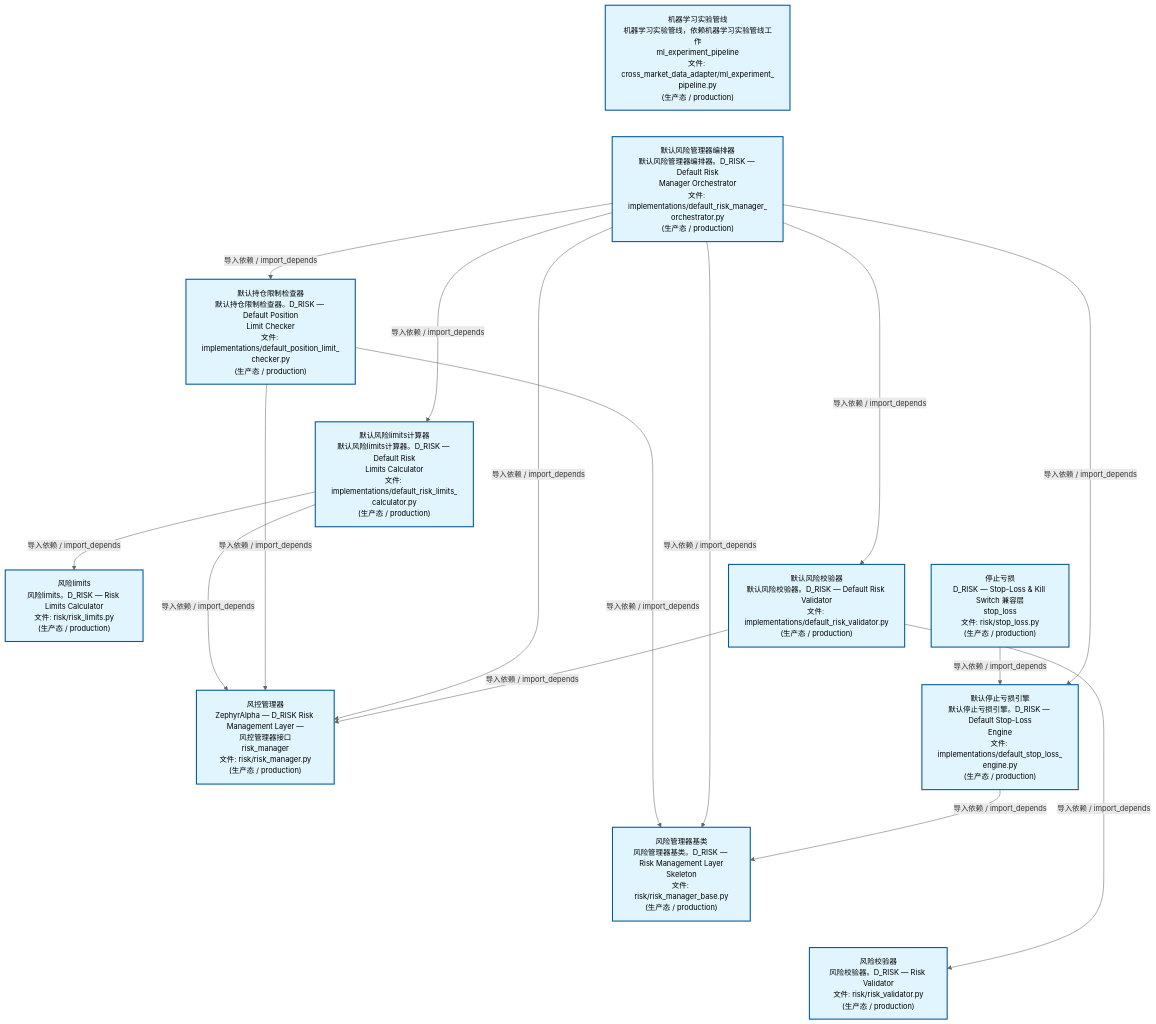
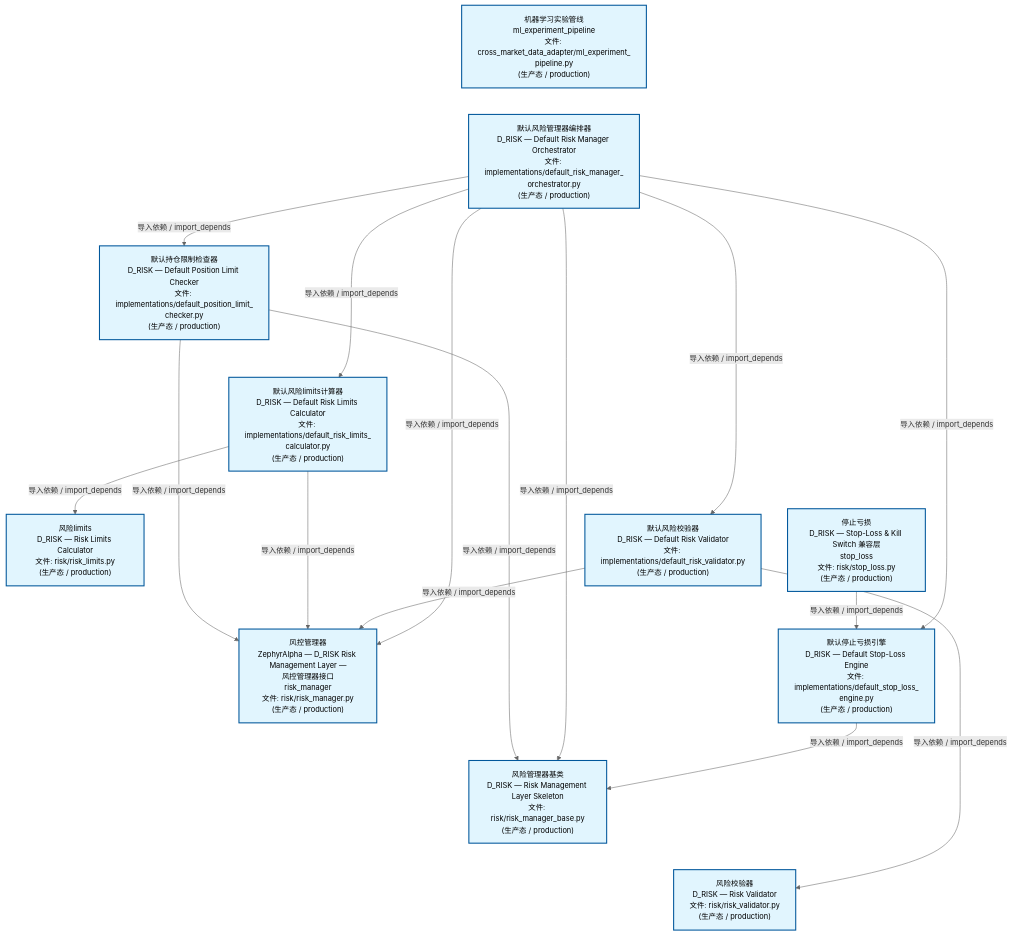
Before and after one commit to xuanFelixVan/ZephyrAlpha: the second of 4 diagrams in docs/02_enterprise_architecture/02_domain_architecture_docs/65_d_risk.md, drawn with Mermaid. The commit also changed other lines of this file and 60 other files, not shown here.

````diff
--- a/docs/02_enterprise_architecture/02_domain_architecture_docs/65_d_risk.md
+++ b/docs/02_enterprise_architecture/02_domain_architecture_docs/65_d_risk.md
@@ -136,42 +136,42 @@
 ```mermaid
 %%{init: {'theme': 'base', 'themeVariables': {'primaryColor': '#eaeaea', 'primaryTextColor': '#333333', 'primaryBorderColor': '#666666', 'lineColor': '#666666', 'secondaryColor': '#eaeaea', 'tertiaryColor': '#eaeaea', 'fontSize': '14px'}}}%%
 flowchart TD
-    src_zephyr_risk_cross_asset_cross_market_data_adapter_ml_experiment_pipeline_py["机器学习实验管线<br/>机器学习实验管线，依赖机器学习实验管线工作<br/>ml_experiment_pipeline<br/>文件: cross_market_data_adapter/ml_experiment_<br/>pipeline.py<br/>(生产态 / production)"]
-    src_zephyr_risk_implementations_default_risk_manager_orchestrator_py["默认风险管理器编排器<br/>默认风险管理器编排器。D_RISK — Default Risk<br/>Manager Orchestrator<br/>文件: implementations/default_risk_manager_<br/>orchestrator.py<br/>(生产态 / production)"]
+    src_zephyr_risk_cross_asset_cross_market_data_adapter_ml_experiment_pipeline_py["机器学习实验管线<br/>ml_experiment_pipeline<br/>文件: cross_market_data_adapter/ml_experiment_<br/>pipeline.py<br/>(生产态 / production)"]
+    src_zephyr_risk_implementations_default_risk_manager_orchestrator_py["默认风险管理器编排器<br/>D_RISK — Default Risk Manager Orchestrator<br/>文件: implementations/default_risk_manager_<br/>orchestrator.py<br/>(生产态 / production)"]
     src_zephyr_risk_stop_loss_py["停止亏损<br/>D_RISK — Stop-Loss & Kill Switch 兼容层<br/>stop_loss<br/>文件: risk/stop_loss.py<br/>(生产态 / production)"]
     src_zephyr_risk_cross_asset_cross_market_data_adapter_ml_experiment_pipeline_py ~~~ src_zephyr_risk_implementations_default_risk_manager_orchestrator_py
     src_zephyr_risk_implementations_default_risk_manager_orchestrator_py ~~~ src_zephyr_risk_stop_loss_py
-    src_zephyr_risk_implementations_default_position_limit_checker_py["默认持仓限制检查器<br/>默认持仓限制检查器。D_RISK — Default Position<br/>Limit Checker<br/>文件: implementations/default_position_limit_<br/>checker.py<br/>(生产态 / production)"]
-    src_zephyr_risk_implementations_default_risk_limits_calculator_py["默认风险limits计算器<br/>默认风险limits计算器。D_RISK — Default Risk<br/>Limits Calculator<br/>文件: implementations/default_risk_limits_<br/>calculator.py<br/>(生产态 / production)"]
-    src_zephyr_risk_implementations_default_risk_validator_py["默认风险校验器<br/>默认风险校验器。D_RISK — Default Risk Validator<br/>文件: implementations/default_risk_validator.py<br/>(生产态 / production)"]
-    src_zephyr_risk_implementations_default_stop_loss_engine_py["默认停止亏损引擎<br/>默认停止亏损引擎。D_RISK — Default Stop-Loss<br/>Engine<br/>文件: implementations/default_stop_loss_<br/>engine.py<br/>(生产态 / production)"]
+    src_zephyr_risk_implementations_default_position_limit_checker_py["默认持仓限制检查器<br/>D_RISK — Default Position Limit Checker<br/>文件: implementations/default_position_limit_<br/>checker.py<br/>(生产态 / production)"]
+    src_zephyr_risk_implementations_default_risk_limits_calculator_py["默认风险limits计算器<br/>D_RISK — Default Risk Limits Calculator<br/>文件: implementations/default_risk_limits_<br/>calculator.py<br/>(生产态 / production)"]
+    src_zephyr_risk_implementations_default_risk_validator_py["默认风险校验器<br/>D_RISK — Default Risk Validator<br/>文件: implementations/default_risk_validator.py<br/>(生产态 / production)"]
+    src_zephyr_risk_implementations_default_stop_loss_engine_py["默认停止亏损引擎<br/>D_RISK — Default Stop-Loss Engine<br/>文件: implementations/default_stop_loss_<br/>engine.py<br/>(生产态 / production)"]
     src_zephyr_risk_implementations_default_position_limit_checker_py ~~~ src_zephyr_risk_implementations_default_risk_limits_calculator_py
     src_zephyr_risk_implementations_default_risk_limits_calculator_py ~~~ src_zephyr_risk_implementations_default_risk_validator_py
     src_zephyr_risk_implementations_default_risk_validator_py ~~~ src_zephyr_risk_implementations_default_stop_loss_engine_py
-    src_zephyr_risk_risk_limits_py["风险limits<br/>风险limits。D_RISK — Risk Limits Calculator<br/>文件: risk/risk_limits.py<br/>(生产态 / production)"]
+    src_zephyr_risk_risk_limits_py["风险limits<br/>D_RISK — Risk Limits Calculator<br/>文件: risk/risk_limits.py<br/>(生产态 / production)"]
     src_zephyr_risk_risk_manager_py["风控管理器<br/>ZephyrAlpha — D_RISK Risk Management Layer —<br/>风控管理器接口<br/>risk_manager<br/>文件: risk/risk_manager.py<br/>(生产态 / production)"]
-    src_zephyr_risk_risk_manager_base_py["风险管理器基类<br/>风险管理器基类。D_RISK — Risk Management Layer<br/>Skeleton<br/>文件: risk/risk_manager_base.py<br/>(生产态 / production)"]
-    src_zephyr_risk_risk_validator_py["风险校验器<br/>风险校验器。D_RISK — Risk Validator<br/>文件: risk/risk_validator.py<br/>(生产态 / production)"]
+    src_zephyr_risk_risk_manager_base_py["风险管理器基类<br/>D_RISK — Risk Management Layer Skeleton<br/>文件: risk/risk_manager_base.py<br/>(生产态 / production)"]
+    src_zephyr_risk_risk_validator_py["风险校验器<br/>D_RISK — Risk Validator<br/>文件: risk/risk_validator.py<br/>(生产态 / production)"]
     src_zephyr_risk_risk_limits_py ~~~ src_zephyr_risk_risk_manager_py
     src_zephyr_risk_risk_manager_py ~~~ src_zephyr_risk_risk_manager_base_py
     src_zephyr_risk_risk_manager_base_py ~~~ src_zephyr_risk_risk_validator_py
     src_zephyr_risk_stop_loss_py -->|导入依赖 / import_depends| src_zephyr_risk_implementations_default_stop_loss_engine_py
+    src_zephyr_risk_implementations_default_position_limit_checker_py -->|导入依赖 / import_depends| src_zephyr_risk_risk_manager_base_py
+    src_zephyr_risk_implementations_default_position_limit_checker_py -->|导入依赖 / import_depends| src_zephyr_risk_risk_manager_py
     src_zephyr_risk_implementations_default_risk_limits_calculator_py -->|导入依赖 / import_depends| src_zephyr_risk_risk_limits_py
     src_zephyr_risk_implementations_default_risk_limits_calculator_py -->|导入依赖 / import_depends| src_zephyr_risk_risk_manager_py
-    src_zephyr_risk_implementations_default_position_limit_checker_py -->|导入依赖 / import_depends| src_zephyr_risk_risk_manager_base_py
-    src_zephyr_risk_implementations_default_position_limit_checker_py -->|导入依赖 / import_depends| src_zephyr_risk_risk_manager_py
+    src_zephyr_risk_implementations_default_risk_validator_py -->|导入依赖 / import_depends| src_zephyr_risk_risk_validator_py
+    src_zephyr_risk_implementations_default_risk_validator_py -->|导入依赖 / import_depends| src_zephyr_risk_risk_manager_py
     src_zephyr_risk_implementations_default_risk_manager_orchestrator_py -->|导入依赖 / import_depends| src_zephyr_risk_risk_manager_base_py
     src_zephyr_risk_implementations_default_risk_manager_orchestrator_py -->|导入依赖 / import_depends| src_zephyr_risk_risk_manager_py
+    src_zephyr_risk_implementations_default_risk_manager_orchestrator_py -->|导入依赖 / import_depends| src_zephyr_risk_implementations_default_position_limit_checker_py
     src_zephyr_risk_implementations_default_risk_manager_orchestrator_py -->|导入依赖 / import_depends| src_zephyr_risk_implementations_default_risk_limits_calculator_py
-    src_zephyr_risk_implementations_default_risk_manager_orchestrator_py -->|导入依赖 / import_depends| src_zephyr_risk_implementations_default_position_limit_checker_py
+    src_zephyr_risk_implementations_default_risk_manager_orchestrator_py -->|导入依赖 / import_depends| src_zephyr_risk_implementations_default_risk_validator_py
     src_zephyr_risk_implementations_default_risk_manager_orchestrator_py -->|导入依赖 / import_depends| src_zephyr_risk_implementations_default_stop_loss_engine_py
-    src_zephyr_risk_implementations_default_risk_manager_orchestrator_py -->|导入依赖 / import_depends| src_zephyr_risk_implementations_default_risk_validator_py
     src_zephyr_risk_implementations_default_stop_loss_engine_py -->|导入依赖 / import_depends| src_zephyr_risk_risk_manager_base_py
-    src_zephyr_risk_implementations_default_risk_validator_py -->|导入依赖 / import_depends| src_zephyr_risk_risk_validator_py
-    src_zephyr_risk_implementations_default_risk_validator_py -->|导入依赖 / import_depends| src_zephyr_risk_risk_manager_py
     classDef production fill:#e1f5fe,stroke:#01579b,stroke-width:2px,color:#000
     classDef design fill:#fff3e0,stroke:#e65100,stroke-width:2px,color:#000,stroke-dasharray: 5 5
     classDef external_prod fill:#e8f4fd,stroke:#0277bd,stroke-width:1px,color:#000
     classDef external_design fill:#fff8e7,stroke:#ef6c00,stroke-width:1px,color:#000,stroke-dasharray: 5 5
     class src_zephyr_risk_cross_asset_cross_market_data_adapter_ml_experiment_pipeline_py,src_zephyr_risk_implementations_default_position_limit_checker_py,src_zephyr_risk_implementations_default_risk_limits_calculator_py,src_zephyr_risk_implementations_default_risk_manager_orchestrator_py,src_zephyr_risk_implementations_default_risk_validator_py,src_zephyr_risk_implementations_default_stop_loss_engine_py,src_zephyr_risk_risk_limits_py,src_zephyr_risk_risk_manager_py,src_zephyr_risk_risk_manager_base_py,src_zephyr_risk_risk_validator_py,src_zephyr_risk_stop_loss_py production
 ```
````
